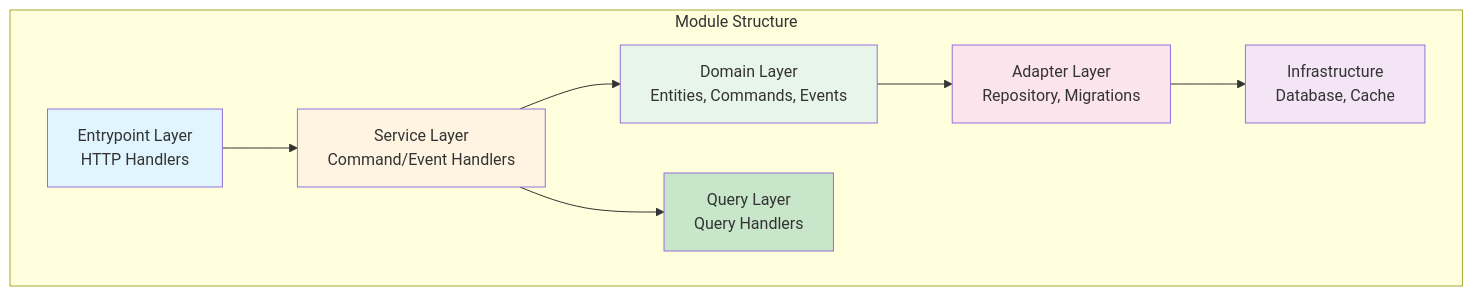
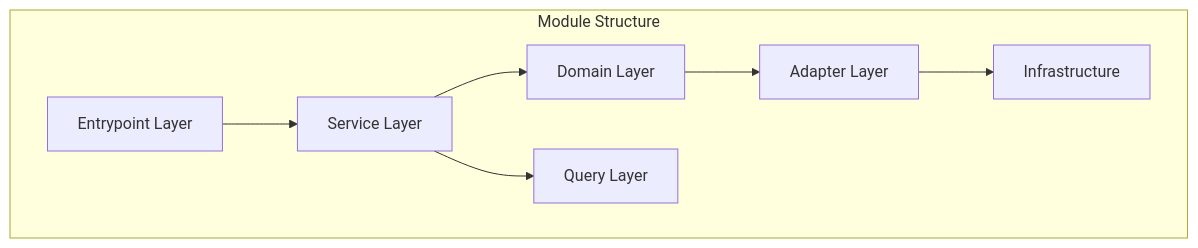
One commit to ali-mahdavi-dev/shikposh-backend changed the fourth of 4 diagrams in README.md. Above: the diagram before and after it, drawn with Mermaid. The commit also changed other lines of this file, not shown here.

````diff
--- a/README.md
+++ b/README.md
@@ -670,17 +187,10 @@
 ```mermaid
 graph TB
     subgraph Module["Module Structure"]
-        A[Entrypoint Layer<br/>HTTP Handlers] --> B[Service Layer<br/>Command/Event Handlers]
-        B --> C[Domain Layer<br/>Entities, Commands, Events]
-        B --> D[Query Layer<br/>Query Handlers]
-        C --> E[Adapter Layer<br/>Repository, Migrations]
-        E --> F[Infrastructure<br/>Database, Cache]
+        A[Entrypoint Layer] --> B[Service Layer]
+        B --> C[Domain Layer]
+        B --> D[Query Layer]
+        C --> E[Adapter Layer]
+        E --> F[Infrastructure]
     end
-
-    style A fill:#e1f5ff
-    style B fill:#fff4e1
-    style C fill:#e8f5e9
-    style D fill:#c8e6c9
-    style E fill:#fce4ec
-    style F fill:#f3e5f5
 ```
````
